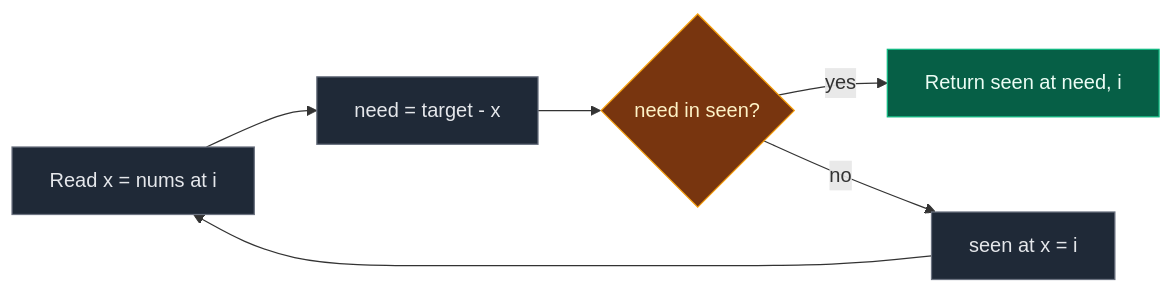
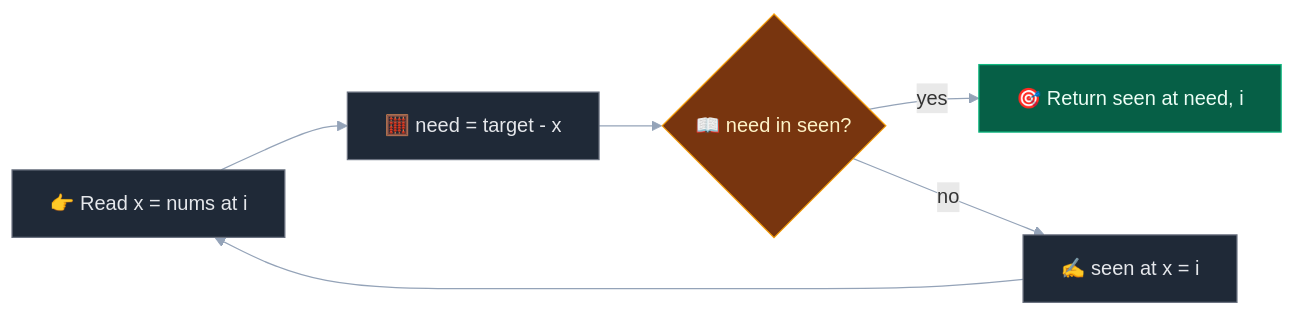
The fourth of 8 diagrams in 01. Array/06. Sorting + Two Pointers/01. 1. Two Sum.md (ajay-nikumbh/dsa-notes), drawn with Mermaid before and after one commit. The commit also changed other lines of this file and 1 other file, not shown here.

Commit message:
Array Sorting + Two Pointers 1: rewrite Two Sum with pictures, chart and animation

````diff
--- a/01. Array/06. Sorting + Two Pointers/01. 1. Two Sum.md
+++ b/01. Array/06. Sorting + Two Pointers/01. 1. Two Sum.md
@@ -79,12 +151,19 @@
 ```mermaid
+---
+config:
+  layout: dagre
+  flowchart:
+    curve: basis
+---
 flowchart LR
-    A["Read x = nums at i"]:::a --> B["need = target - x"]:::a
-    B --> C{"need in seen?"}:::c
-    C -->|yes| D["Return seen at need, i"]:::d
-    C -->|no| E["seen at x = i"]:::a
+    A["👉 Read x = nums at i"]:::a --> B["🧮 need = target - x"]:::a
+    B --> C{"📖 need in seen?"}:::c
+    C -->|yes| D["🎯 Return seen at need, i"]:::d
+    C -->|no| E["✍️ seen at x = i"]:::a
     E --> A
 
     classDef a fill:#1f2937,stroke:#6b7280,color:#e5e7eb
     classDef c fill:#78350f,stroke:#f59e0b,color:#fef3c7
     classDef d fill:#065f46,stroke:#10b981,color:#ecfdf5
+    linkStyle default stroke:#94a3b8
 ```
````
